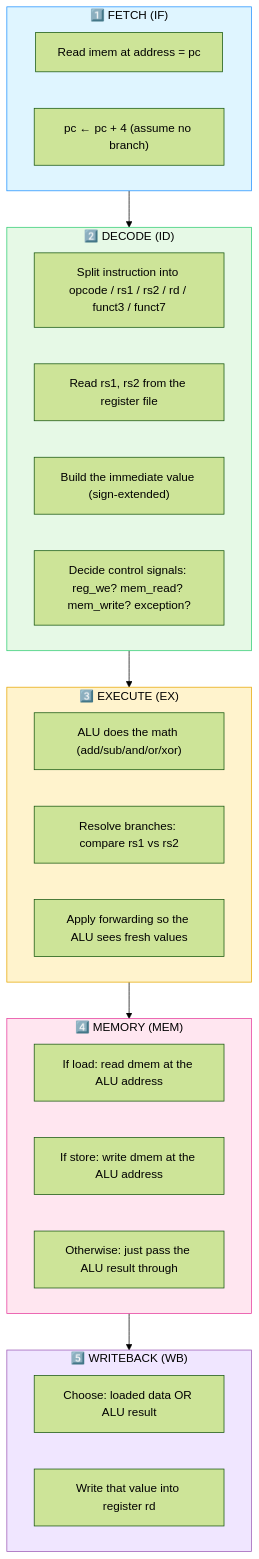
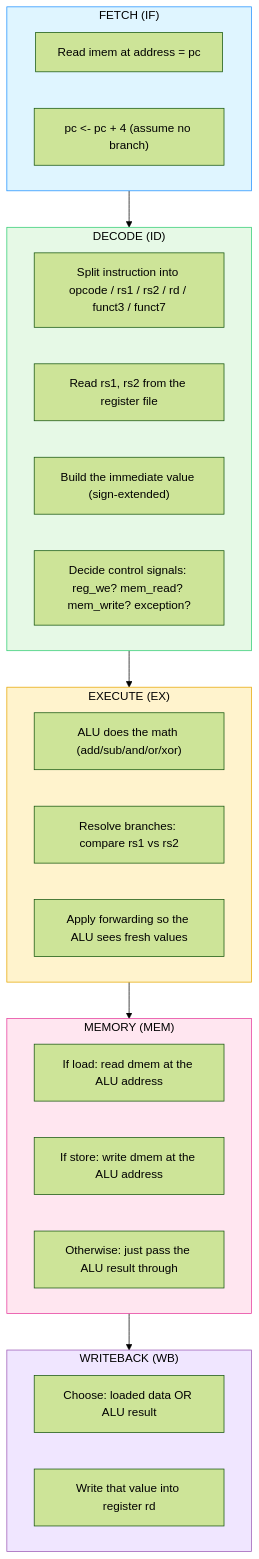
Before and after one commit to hjsanjana/rtl-design-practice: diagram 12 of 30 in RISC-V/README.md, drawn with Mermaid (forest theme). The commit also changed other lines of this file, not shown here.

````diff
--- a/RISC-V/README.md
+++ b/RISC-V/README.md
@@ -413,35 +361,35 @@
 ```mermaid
 flowchart TB
-    subgraph S1["1️⃣ FETCH (IF)"]
+    subgraph S1["FETCH (IF)"]
         F1["Read imem at address = pc"]
-        F2["pc ← pc + 4 (assume no branch)"]
+        F2["pc <- pc + 4 (assume no branch)"]
     end
-    subgraph S2["2️⃣ DECODE (ID)"]
+    subgraph S2["DECODE (ID)"]
         D1["Split instruction into opcode / rs1 / rs2 / rd / funct3 / funct7"]
         D2["Read rs1, rs2 from the register file"]
         D3["Build the immediate value (sign-extended)"]
         D4["Decide control signals: reg_we? mem_read? mem_write? exception?"]
     end
-    subgraph S3["3️⃣ EXECUTE (EX)"]
+    subgraph S3["EXECUTE (EX)"]
         E1["ALU does the math (add/sub/and/or/xor)"]
         E2["Resolve branches: compare rs1 vs rs2"]
         E3["Apply forwarding so the ALU sees fresh values"]
     end
-    subgraph S4["4️⃣ MEMORY (MEM)"]
+    subgraph S4["MEMORY (MEM)"]
         M1["If load: read dmem at the ALU address"]
         M2["If store: write dmem at the ALU address"]
         M3["Otherwise: just pass the ALU result through"]
     end
-    subgraph S5["5️⃣ WRITEBACK (WB)"]
+    subgraph S5["WRITEBACK (WB)"]
         W1["Choose: loaded data OR ALU result"]
         W2["Write that value into register rd"]
     end
 
     S1 --> S2 --> S3 --> S4 --> S5
 
     style S1 fill:#dff5ff,stroke:#1e90ff,color:#000
     style S2 fill:#e6f9e6,stroke:#2ecc71,color:#000
     style S3 fill:#fff3cd,stroke:#e6a700,color:#000
     style S4 fill:#ffe6f0,stroke:#e6399b,color:#000
     style S5 fill:#f0e6ff,stroke:#9b59b6,color:#000
 ```
````
